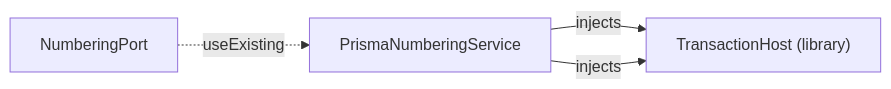
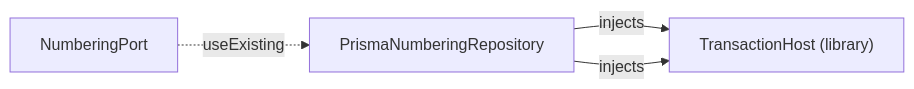
Before and after one commit to ashrafemon/ddd-boilerplate: diagram 14 of 22 in docs/DI-WIRING.md, drawn with Mermaid. The commit also changed other lines of this file and 41 other files, not shown here.

First line of the commit message:
refactor(platform): normalize service layout — repositories/, adapter naming, port split

````diff
--- a/docs/DI-WIRING.md
+++ b/docs/DI-WIRING.md
@@ -627,9 +617,9 @@
 ```mermaid
 flowchart LR
     NumberingPort["NumberingPort"]
-    PrismaNumberingService["PrismaNumberingService"]
-    NumberingPort -.->|useExisting| PrismaNumberingService
+    PrismaNumberingRepository["PrismaNumberingRepository"]
+    NumberingPort -.->|useExisting| PrismaNumberingRepository
     TransactionHost__library_["TransactionHost (library)"]
-    PrismaNumberingService -->|injects| TransactionHost__library_
-    PrismaNumberingService -->|injects| TransactionHost__library_
+    PrismaNumberingRepository -->|injects| TransactionHost__library_
+    PrismaNumberingRepository -->|injects| TransactionHost__library_
 ```
````
